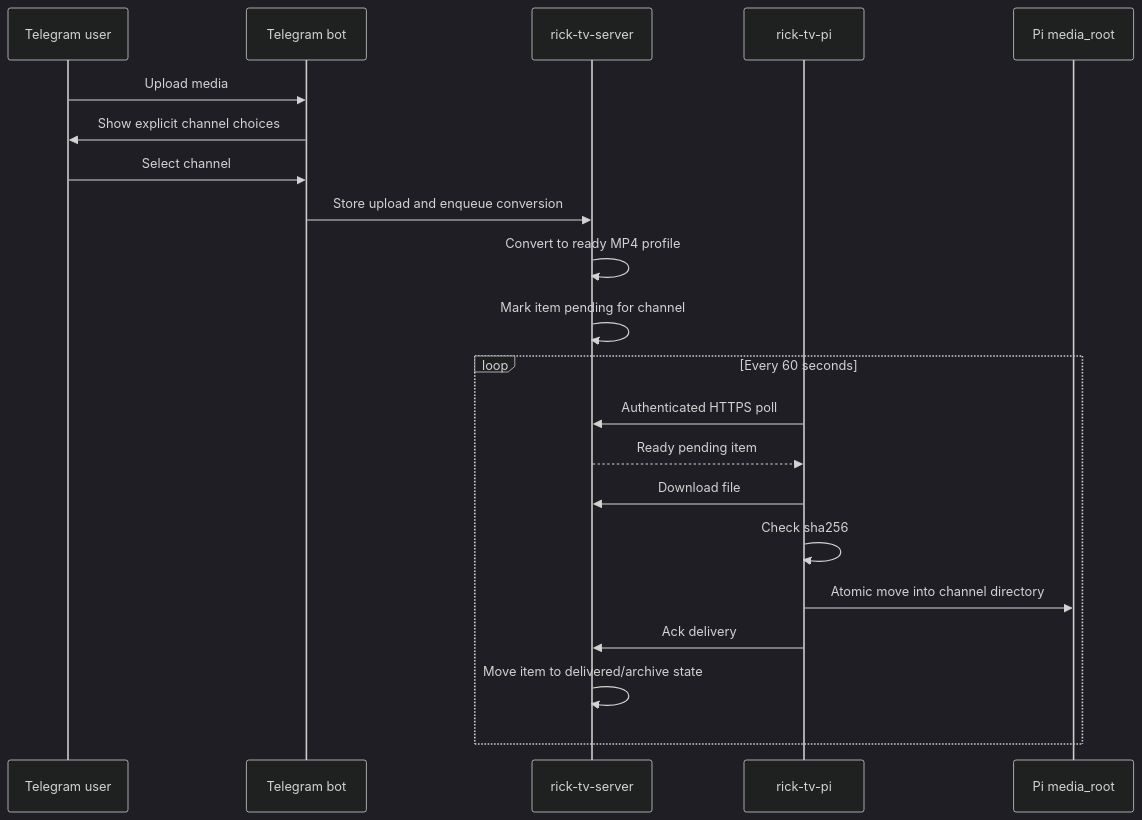
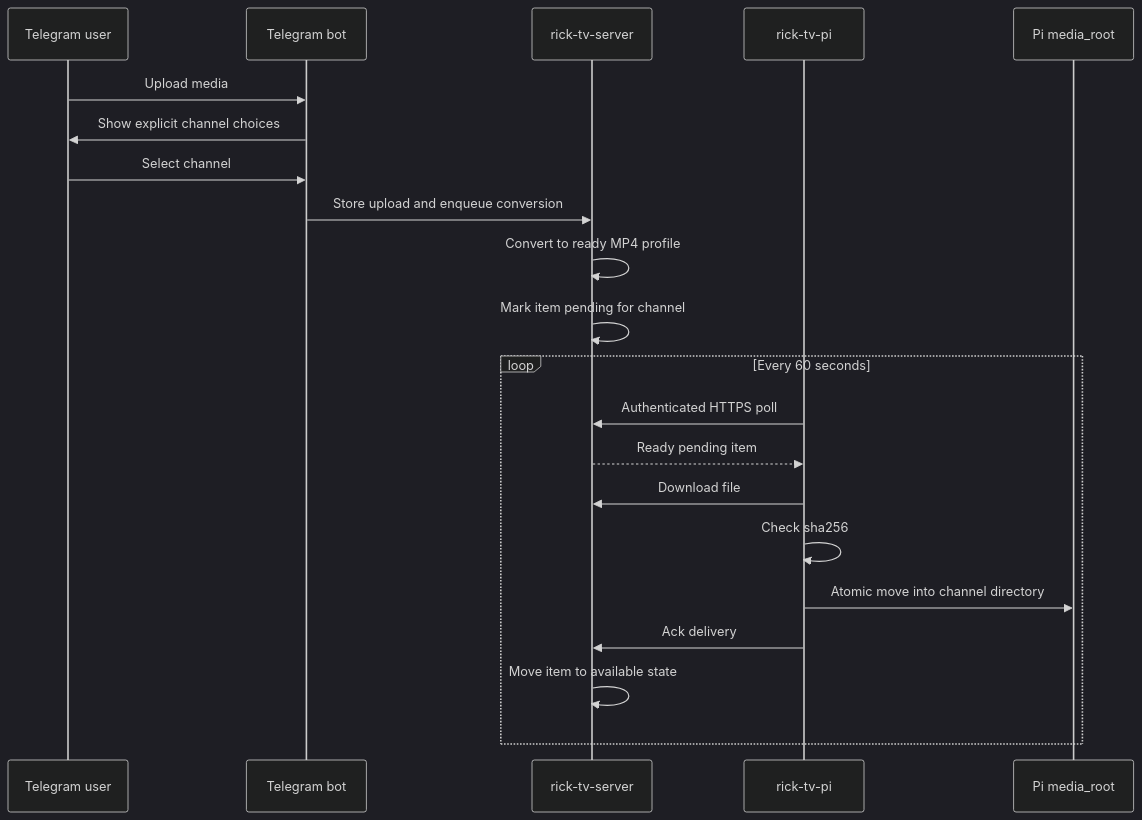
The first of 3 diagrams in docs/superpowers/specs/2026-05-18-rick-tv-design.md (dmpanch/rick_tv), drawn with Mermaid (dark theme) before and after one commit. The commit also changed other lines of this file and 30 other files, not shown here.

````diff
--- a/docs/superpowers/specs/2026-05-18-rick-tv-design.md
+++ b/docs/superpowers/specs/2026-05-18-rick-tv-design.md
@@ -140,24 +156,24 @@
 ```mermaid
 sequenceDiagram
     participant U as Telegram user
     participant B as Telegram bot
     participant S as rick-tv-server
     participant P as rick-tv-pi
     participant M as Pi media_root
 
     U->>B: Upload media
     B->>U: Show explicit channel choices
     U->>B: Select channel
     B->>S: Store upload and enqueue conversion
     S->>S: Convert to ready MP4 profile
     S->>S: Mark item pending for channel
     loop Every 60 seconds
         P->>S: Authenticated HTTPS poll
         S-->>P: Ready pending item
         P->>S: Download file
         P->>P: Check sha256
         P->>M: Atomic move into channel directory
         P->>S: Ack delivery
-        S->>S: Move item to delivered/archive state
+        S->>S: Move item to available state
     end
 ```
````
